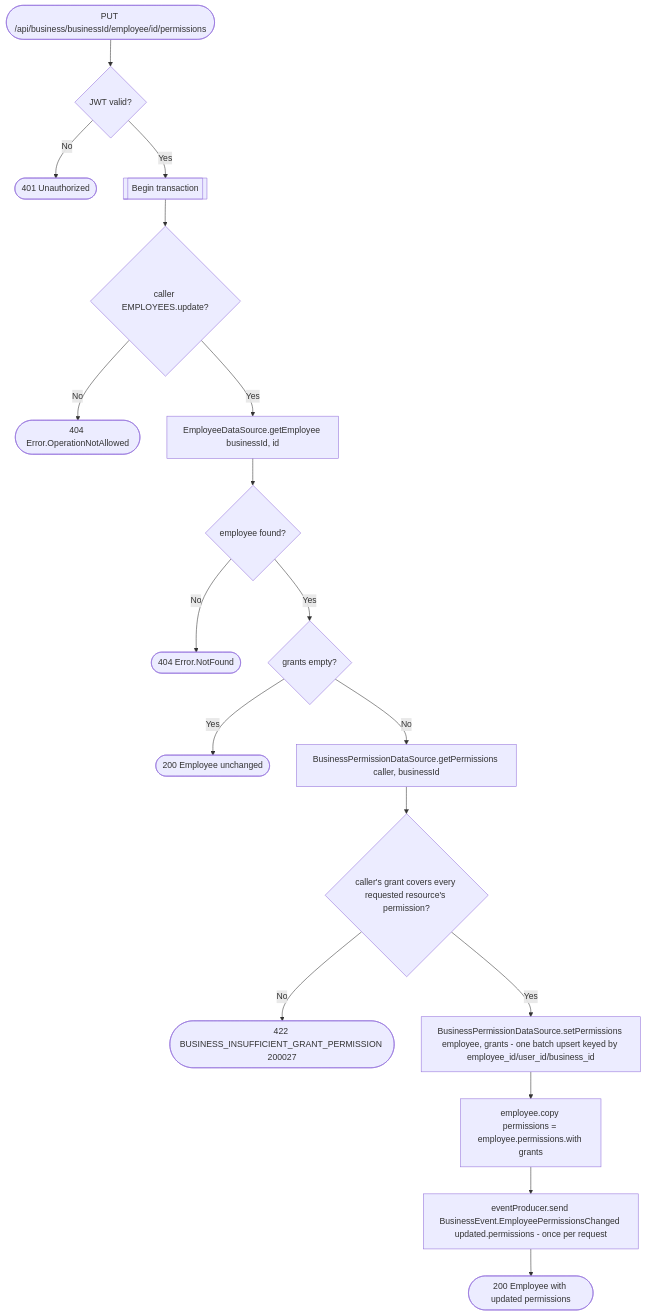
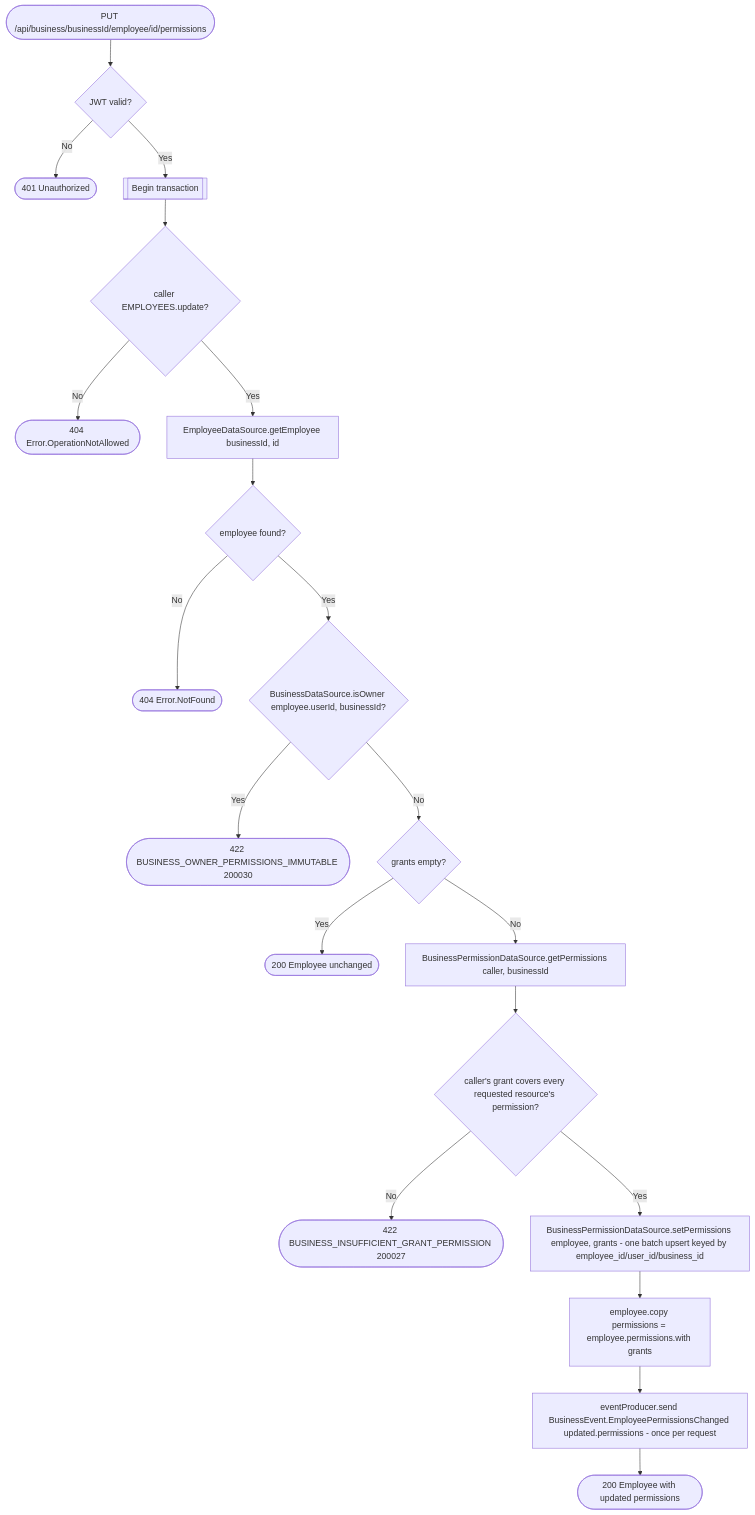
The diagram in docs/operations/business/set-employee-permissions.md (an22/bookk.me-backend), drawn with Mermaid before and after one commit. The commit also changed other lines of this file and 13 other files, not shown here.

Commit message:
[ISSUE-43] add business owner id to the business entity

````diff
--- a/docs/operations/business/set-employee-permissions.md
+++ b/docs/operations/business/set-employee-permissions.md
@@ -24,20 +27,22 @@
 ```mermaid
 flowchart TD
     Start([PUT /api/business/businessId/employee/id/permissions]) --> Auth{JWT valid?}
     Auth -- No --> R401([401 Unauthorized])
     Auth -- Yes --> Tx[[Begin transaction]]
     Tx --> PermCheck{caller EMPLOYEES.update?}
     PermCheck -- No --> R404a([404 Error.OperationNotAllowed])
     PermCheck -- Yes --> Lookup[EmployeeDataSource.getEmployee businessId, id]
     Lookup --> Found{employee found?}
     Found -- No --> R404b([404 Error.NotFound])
-    Found -- Yes --> Empty{grants empty?}
+    Found -- Yes --> Owner{BusinessDataSource.isOwner employee.userId, businessId?}
+    Owner -- Yes --> R422o([422 BUSINESS_OWNER_PERMISSIONS_IMMUTABLE 200030])
+    Owner -- No --> Empty{grants empty?}
     Empty -- Yes --> R200a([200 Employee unchanged])
     Empty -- No --> OwnGrants[BusinessPermissionDataSource.getPermissions caller, businessId]
     OwnGrants --> Covers{caller's grant covers every requested resource's permission?}
     Covers -- No --> R422([422 BUSINESS_INSUFFICIENT_GRANT_PERMISSION 200027])
     Covers -- Yes --> Set[BusinessPermissionDataSource.setPermissions employee, grants - one batch upsert keyed by employee_id/user_id/business_id]
     Set --> Merge[employee.copy permissions = employee.permissions.with grants]
     Merge --> Event[eventProducer.send BusinessEvent.EmployeePermissionsChanged updated.permissions - once per request]
     Event --> R200([200 Employee with updated permissions])
 ```
````
